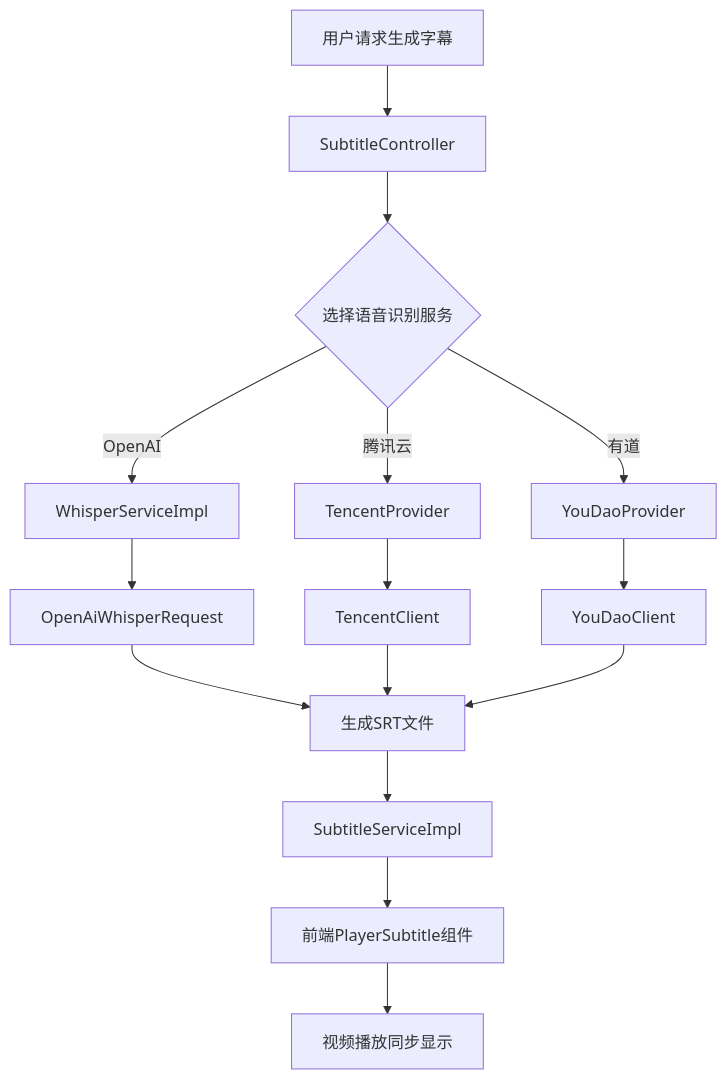
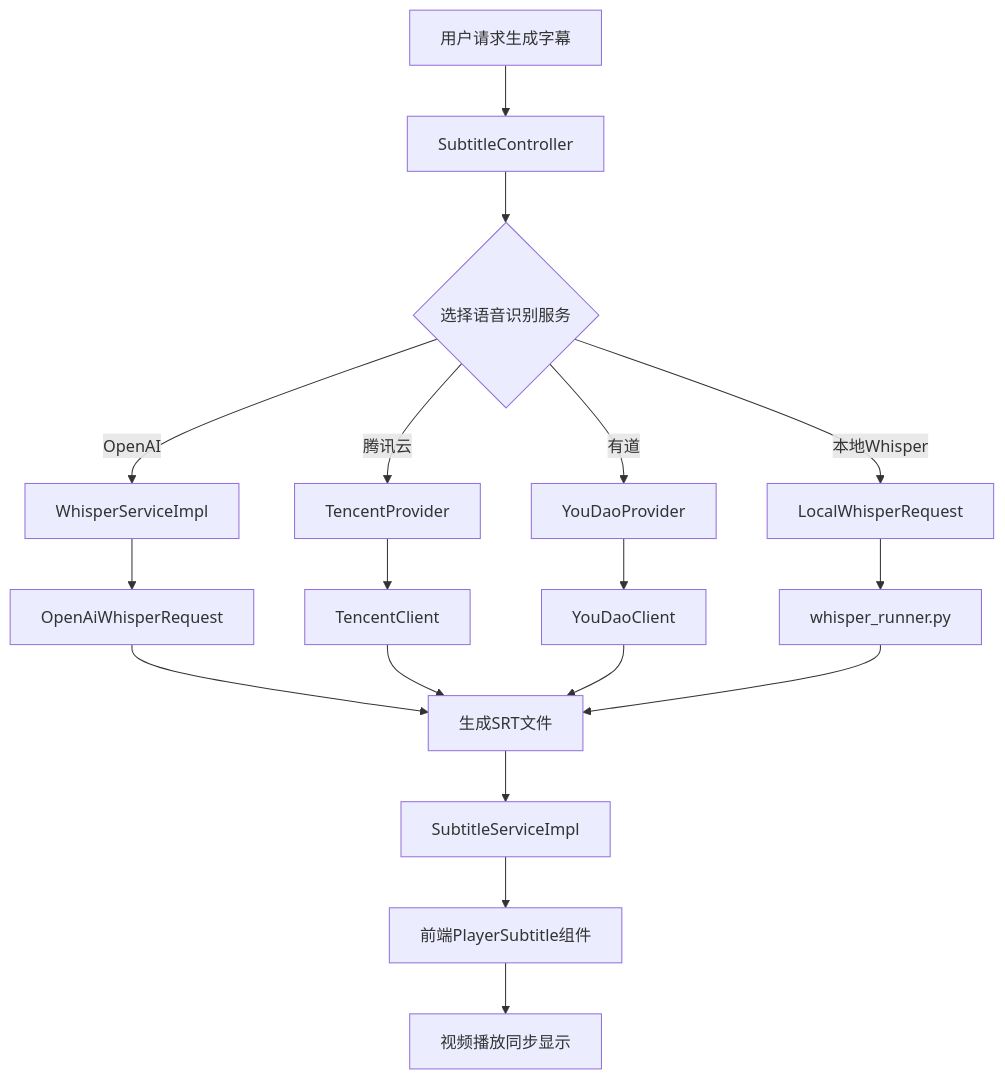
The first of 5 diagrams in .qoder/repowiki/zh/content/核心功能/AI字幕生成.md (afanty2021/DashPlayer), drawn with Mermaid before and after one commit. The commit also changed other lines of this file and 3 other files, not shown here.

````diff
--- a/.qoder/repowiki/zh/content/核心功能/AI字幕生成.md
+++ b/.qoder/repowiki/zh/content/核心功能/AI字幕生成.md
@@ -35,17 +44,20 @@
 ```mermaid
 flowchart TD
 A[用户请求生成字幕] --> B[SubtitleController]
 B --> C{选择语音识别服务}
 C --> |OpenAI| D[WhisperServiceImpl]
 C --> |腾讯云| E[TencentProvider]
 C --> |有道| F[YouDaoProvider]
-D --> G[OpenAiWhisperRequest]
-E --> H[TencentClient]
-F --> I[YouDaoClient]
-G --> J[生成SRT文件]
-H --> J
-I --> J
-J --> K[SubtitleServiceImpl]
-K --> L[前端PlayerSubtitle组件]
-L --> M[视频播放同步显示]
+C --> |本地Whisper| G[LocalWhisperRequest]
+D --> H[OpenAiWhisperRequest]
+E --> I[TencentClient]
+F --> J[YouDaoClient]
+G --> K[whisper_runner.py]
+H --> L[生成SRT文件]
+I --> L
+J --> L
+K --> L
+L --> M[SubtitleServiceImpl]
+M --> N[前端PlayerSubtitle组件]
+N --> O[视频播放同步显示]
 ```
````
